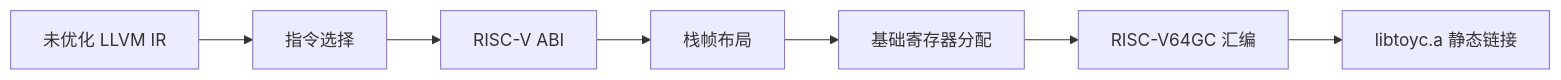
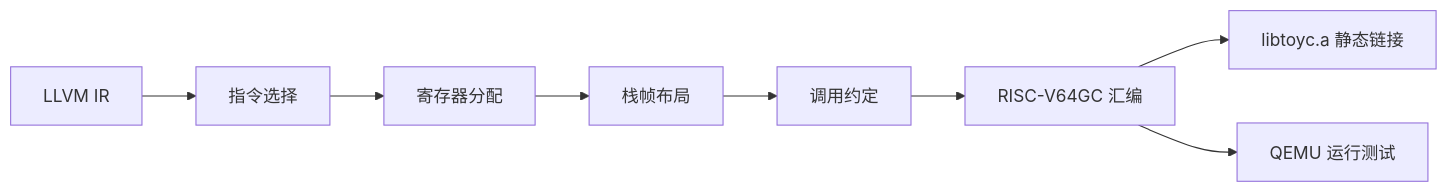
Before and after one commit to lightsmilew/compiler-principles: the diagram in docs/labs/part4-codegen.md, drawn with Mermaid. The commit also changed other lines of this file and 55 other files, not shown here.

````diff
--- a/docs/labs/part4-codegen.md
+++ b/docs/labs/part4-codegen.md
@@ -12,9 +12,10 @@
 ```mermaid
 flowchart LR
-  I[未优化 LLVM IR] --> S[指令选择]
-  S --> A[RISC-V ABI]
+  I[LLVM IR] --> S[指令选择]
+  S --> A[寄存器分配]
   A --> F[栈帧布局]
-  F --> R[基础寄存器分配]
-  R --> O[RISC-V64GC 汇编]
+  F --> C[调用约定]
+  C --> O[RISC-V64GC 汇编]
   O --> L[libtoyc.a 静态链接]
+  O --> Q[QEMU 运行测试]
 ```
````
